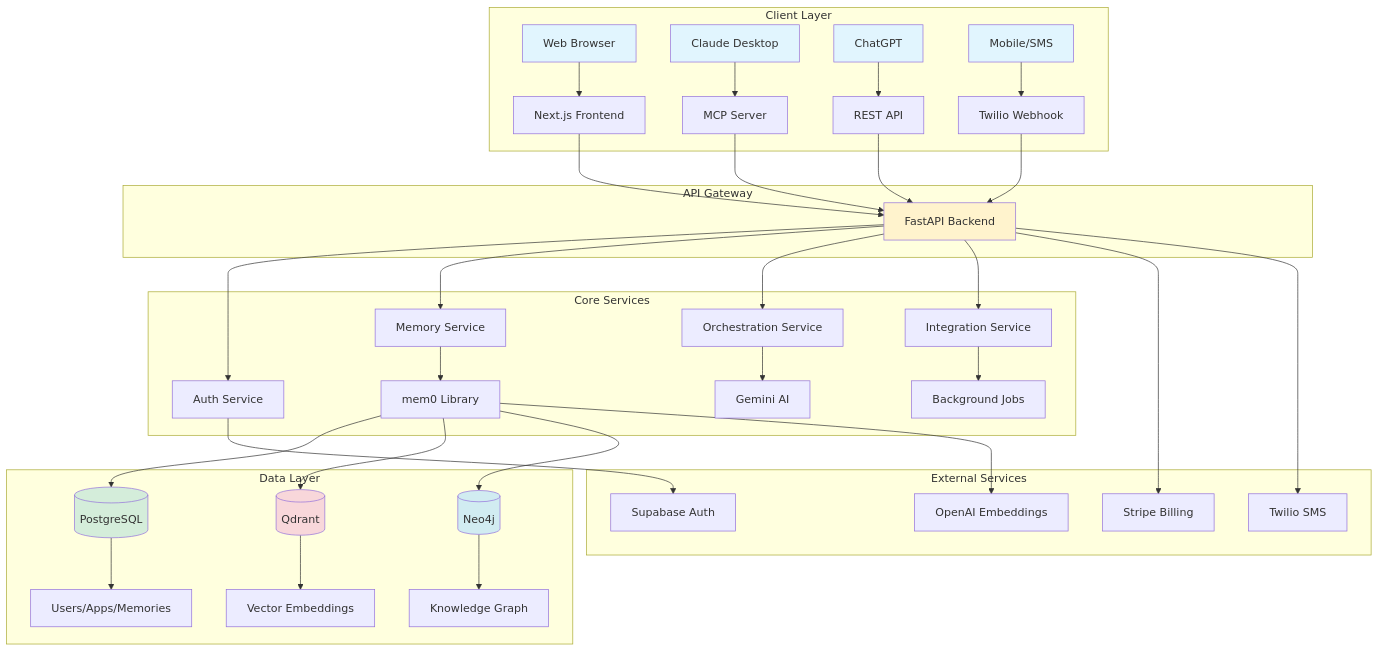
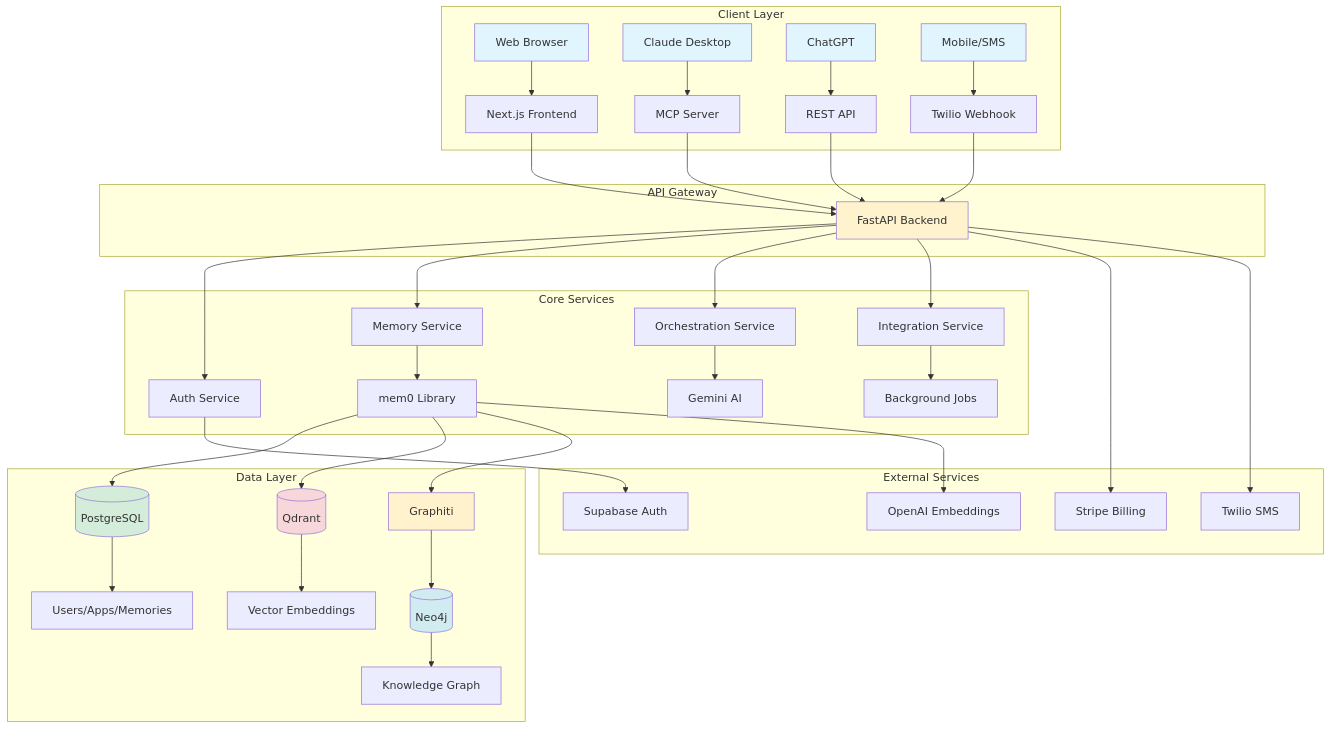
One commit to jean-technologies/jean-memory changed the first of 3 diagrams in JEAN_MEMORY_BIBLE.md. Above: the diagram before and after it, drawn with Mermaid. The commit also changed other lines of this file and 2 other files, not shown here.

````diff
--- a/JEAN_MEMORY_BIBLE.md
+++ b/JEAN_MEMORY_BIBLE.md
@@ -69,58 +69,60 @@
 ```mermaid
 graph TB
     subgraph "Client Layer"
         A1[Web Browser] --> B1[Next.js Frontend]
         A2[Claude Desktop] --> B2[MCP Server]
         A3[ChatGPT] --> B3[REST API]
         A4[Mobile/SMS] --> B4[Twilio Webhook]
     end
 
     subgraph "API Gateway"
         B1 --> C[FastAPI Backend]
         B2 --> C
         B3 --> C
         B4 --> C
     end
 
     subgraph "Core Services"
         C --> D1[Auth Service]
         C --> D2[Memory Service]
         C --> D3[Orchestration Service]
         C --> D4[Integration Service]
         
         D2 --> E1[mem0 Library]
         D3 --> E2[Gemini AI]
         D4 --> E3[Background Jobs]
     end
 
     subgraph "Data Layer"
         E1 --> F1[(PostgreSQL)]
         E1 --> F2[(Qdrant)]
-        E1 --> F3[(Neo4j)]
+        E1 --> E4[Graphiti]
+        E4 --> F3[(Neo4j)]
         
         F1 --> G1[Users/Apps/Memories]
         F2 --> G2[Vector Embeddings]
         F3 --> G3[Knowledge Graph]
     end
 
     subgraph "External Services"
         H1[Supabase Auth]
         H2[OpenAI Embeddings]
         H3[Stripe Billing]
         H4[Twilio SMS]
     end
 
     D1 --> H1
     E1 --> H2
     C --> H3
     C --> H4
 
     style A1 fill:#e1f5fe
     style A2 fill:#e1f5fe
     style A3 fill:#e1f5fe
     style A4 fill:#e1f5fe
     style C fill:#fff3cd
     style F1 fill:#d4edda
     style F2 fill:#f8d7da
     style F3 fill:#d1ecf1
+    style E4 fill:#fff2cc
 ```
````
